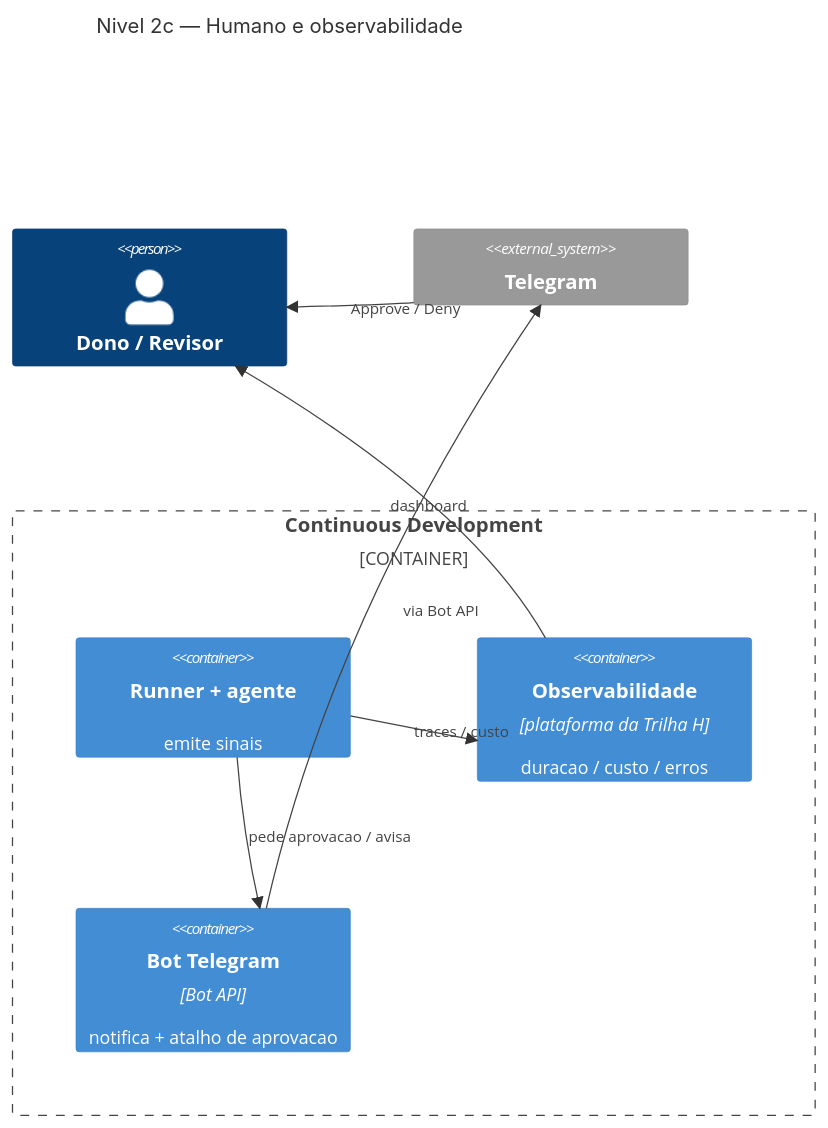
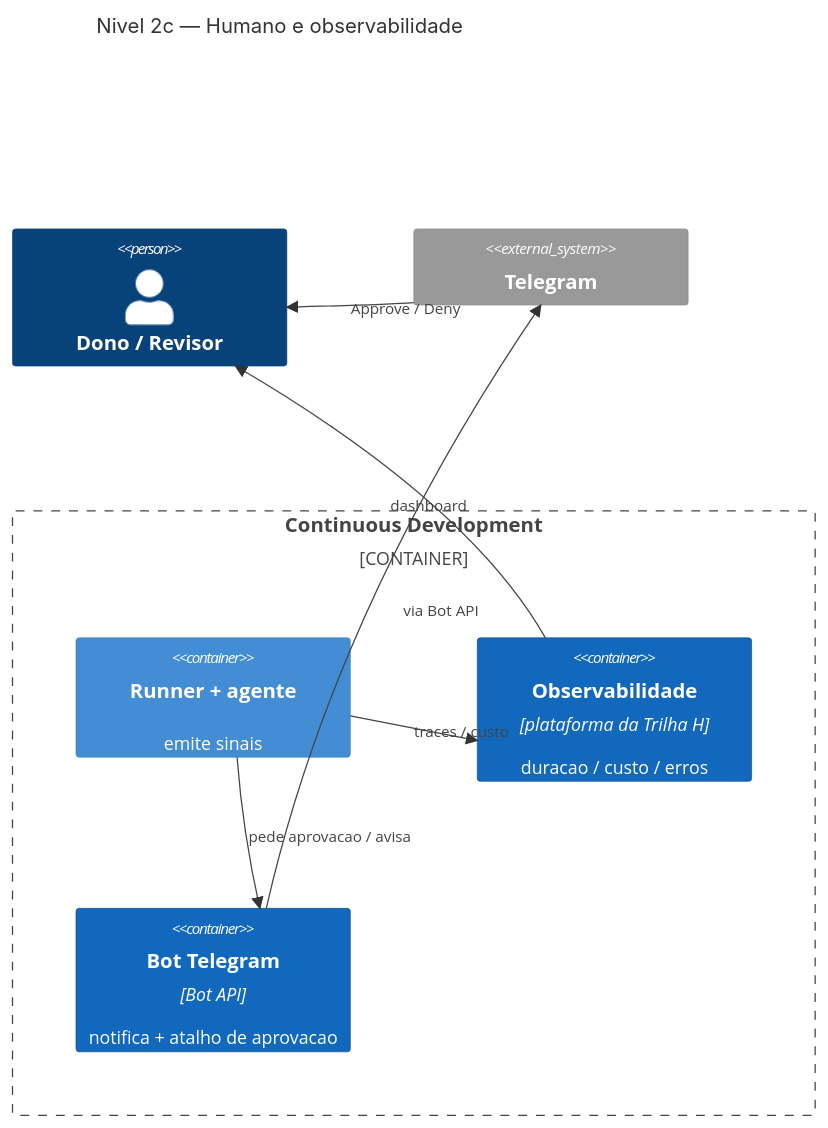
The fourth of 10 diagrams in research/ARCHITECTURE-C4.md (CenturyBoys/roboto), drawn with Mermaid before and after one commit. The commit also changed other lines of this file, not shown here.

First line of the commit message:
docs(research): ARCHITECTURE-C4 rev4 — estilo + profundidade

````diff
--- a/research/ARCHITECTURE-C4.md
+++ b/research/ARCHITECTURE-C4.md
@@ -81,16 +88,19 @@
 ```mermaid
 C4Container
   title Nivel 2c — Humano e observabilidade
   Person(dono, "Dono / Revisor")
   System_Ext(tg, "Telegram")
   Container_Boundary(cd, "Continuous Development") {
     Container(runner, "Runner + agente", "", "emite sinais")
     Container(obs, "Observabilidade", "plataforma da Trilha H", "duracao / custo / erros")
     Container(tgbot, "Bot Telegram", "Bot API", "notifica + atalho de aprovacao")
   }
   Rel(runner, obs, "traces / custo")
   Rel(runner, tgbot, "pede aprovacao / avisa")
   Rel(tgbot, tg, "via Bot API")
   Rel(tg, dono, "Approve / Deny")
   Rel(obs, dono, "dashboard")
+  UpdateElementStyle(obs, $bgColor="#1168BD", $fontColor="#ffffff", $borderColor="#0B4884")
+  UpdateElementStyle(tgbot, $bgColor="#1168BD", $fontColor="#ffffff", $borderColor="#0B4884")
+  UpdateLayoutConfig($c4ShapeInRow="3", $c4BoundaryInRow="1")
 ```
````
